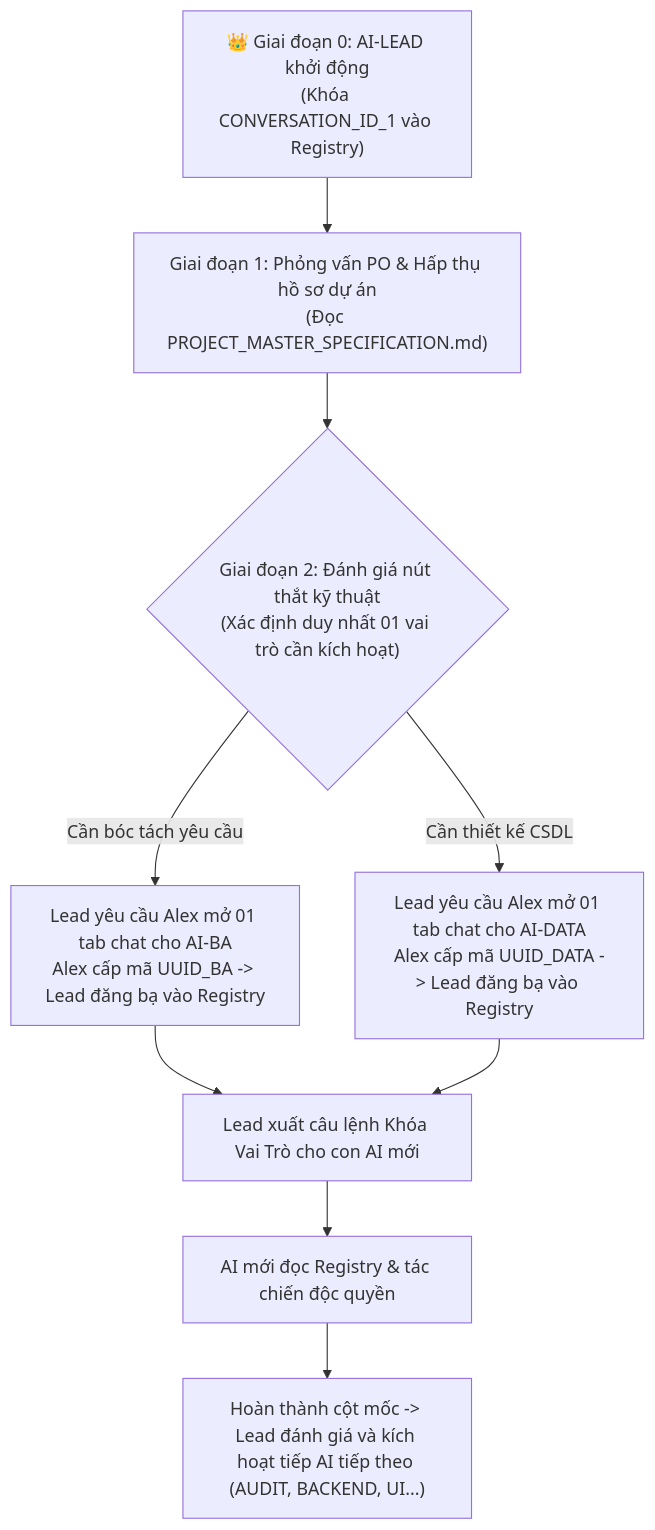
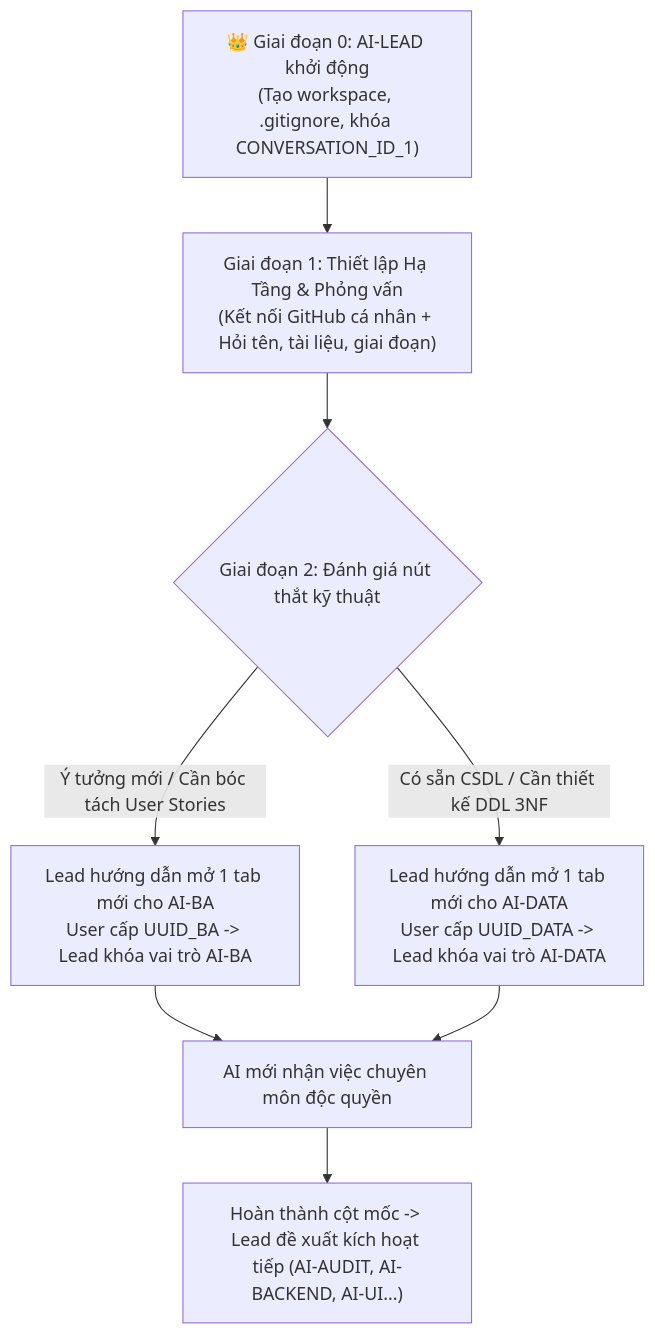
The diagram in UNIVERSAL_SWARM_PROJECT_BOOTSTRAP_PLAYBOOK.md (vanduc86vn-tech/universal-ai-swarm-framework), drawn with Mermaid before and after one commit. The commit also changed other lines of this file and 2 other files, not shown here.

Commit message:
feat(infra): upgrade UASOF to V2.5 - mandatory personalized GitHub onboarding & clear UUID acquisition guide

````diff
--- a/UNIVERSAL_SWARM_PROJECT_BOOTSTRAP_PLAYBOOK.md
+++ b/UNIVERSAL_SWARM_PROJECT_BOOTSTRAP_PLAYBOOK.md
@@ -21,13 +49,12 @@
 ```mermaid
 flowchart TD
-    Lead["👑 Giai đoạn 0: AI-LEAD khởi động<br/>(Khóa CONVERSATION_ID_1 vào Registry)"] --> Ingest["Giai đoạn 1: Phỏng vấn PO & Hấp thụ hồ sơ dự án<br/>(Đọc PROJECT_MASTER_SPECIFICATION.md)"]
+    Lead["👑 Giai đoạn 0: AI-LEAD khởi động<br/>(Tạo workspace, .gitignore, khóa CONVERSATION_ID_1)"] --> Infra["Giai đoạn 1: Thiết lập Hạ Tầng & Phỏng vấn<br/>(Kết nối GitHub cá nhân + Hỏi tên, tài liệu, giai đoạn)"]
     
-    Ingest --> Decision{"Giai đoạn 2: Đánh giá nút thắt kỹ thuật<br/>(Xác định duy nhất 01 vai trò cần kích hoạt)"}
+    Infra --> Decision{"Giai đoạn 2: Đánh giá nút thắt kỹ thuật"}
     
-    Decision -->|"Cần bóc tách yêu cầu"| AskBA["Lead yêu cầu Alex mở 01 tab chat cho AI-BA<br/>Alex cấp mã UUID_BA -> Lead đăng bạ vào Registry"]
-    Decision -->|"Cần thiết kế CSDL"| AskData["Lead yêu cầu Alex mở 01 tab chat cho AI-DATA<br/>Alex cấp mã UUID_DATA -> Lead đăng bạ vào Registry"]
+    Decision -->|"Ý tưởng mới / Cần bóc tách User Stories"| StepBA["Lead hướng dẫn mở 1 tab mới cho AI-BA<br/>User cấp UUID_BA -> Lead khóa vai trò AI-BA"]
+    Decision -->|"Có sẵn CSDL / Cần thiết kế DDL 3NF"| StepData["Lead hướng dẫn mở 1 tab mới cho AI-DATA<br/>User cấp UUID_DATA -> Lead khóa vai trò AI-DATA"]
     
-    AskBA & AskData --> LockIn["Lead xuất câu lệnh Khóa Vai Trò cho con AI mới"]
-    LockIn --> Work["AI mới đọc Registry & tác chiến độc quyền"]
-    Work --> NextMilestone["Hoàn thành cột mốc -> Lead đánh giá và kích hoạt tiếp AI tiếp theo (AUDIT, BACKEND, UI...)"]
+    StepBA & StepData --> Work["AI mới nhận việc chuyên môn độc quyền"]
+    Work --> Next["Hoàn thành cột mốc -> Lead đề xuất kích hoạt tiếp (AI-AUDIT, AI-BACKEND, AI-UI...)"]
 ```
````
